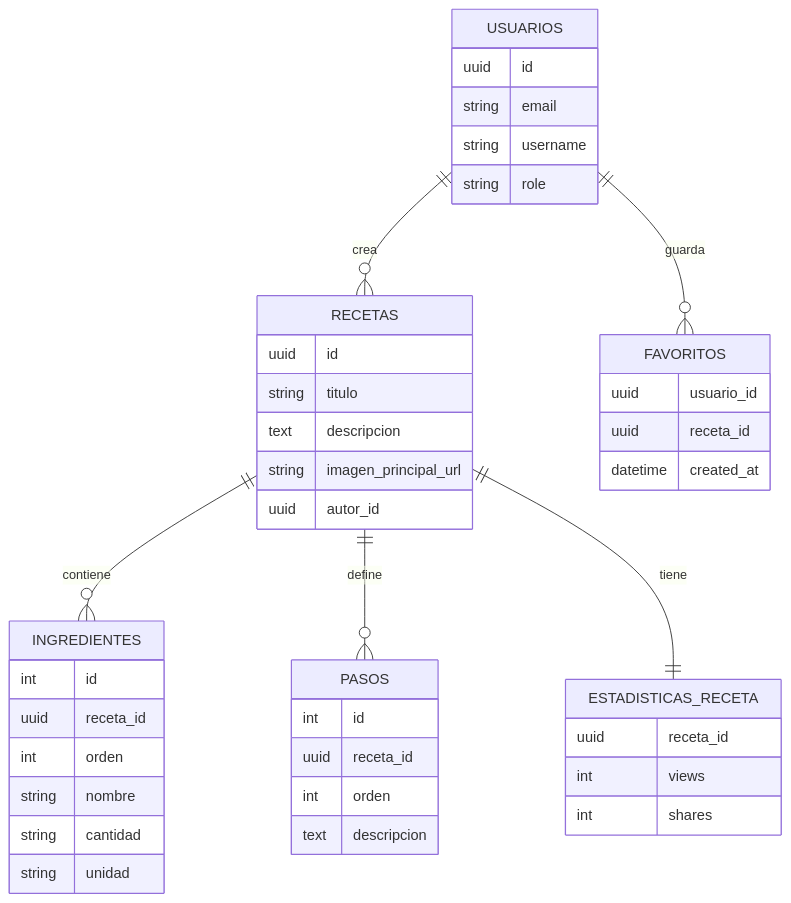
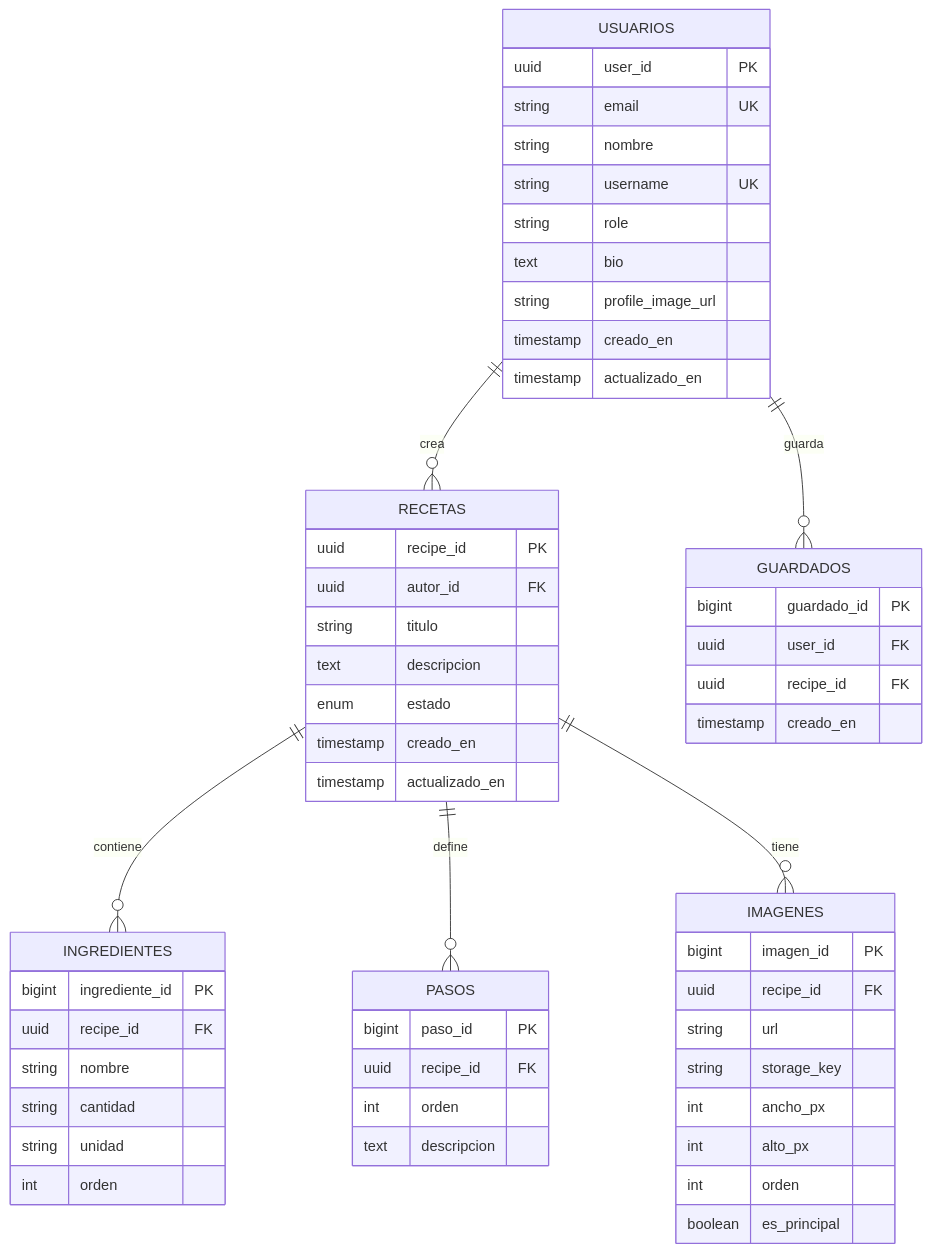
One commit to DaniKaizenNetwork/programacion-movil-2025-b-g1 changed the first of 2 diagrams in doc/data-base/erd.md. Above: the diagram before and after it, drawn with Mermaid. The commit also changed other lines of this file and 1 other file, not shown here.

````diff
--- a/doc/data-base/erd.md
+++ b/doc/data-base/erd.md
@@ -3,51 +3,64 @@
 ```mermaid
 erDiagram
     USUARIOS ||--o{ RECETAS : "crea"
-    USUARIOS ||--o{ FAVORITOS : "guarda"
+    USUARIOS ||--o{ GUARDADOS : "guarda"
     RECETAS ||--o{ INGREDIENTES : "contiene"
     RECETAS ||--o{ PASOS : "define"
-    RECETAS ||--|| ESTADISTICAS_RECETA : "tiene"
+    RECETAS ||--o{ IMAGENES : "tiene"
 
     USUARIOS {
-      uuid id
-      string email
-      string username
+      uuid user_id PK
+      string email UK
+      string nombre
+      string username UK
       string role
+      text bio
+      string profile_image_url
+      timestamp creado_en
+      timestamp actualizado_en
     }
 
     RECETAS {
-      uuid id
+      uuid recipe_id PK
+      uuid autor_id FK
       string titulo
       text descripcion
-      string imagen_principal_url
-      uuid autor_id
+      enum estado
+      timestamp creado_en
+      timestamp actualizado_en
     }
 
     INGREDIENTES {
-      int id
-      uuid receta_id
-      int orden
+      bigint ingrediente_id PK
+      uuid recipe_id FK
       string nombre
       string cantidad
       string unidad
+      int orden
     }
 
     PASOS {
-      int id
-      uuid receta_id
+      bigint paso_id PK
+      uuid recipe_id FK
       int orden
       text descripcion
     }
 
-    FAVORITOS {
-      uuid usuario_id
-      uuid receta_id
-      datetime created_at
+    IMAGENES {
+      bigint imagen_id PK
+      uuid recipe_id FK
+      string url
+      string storage_key
+      int ancho_px
+      int alto_px
+      int orden
+      boolean es_principal
     }
 
-    ESTADISTICAS_RECETA {
-      uuid receta_id
-      int views
-      int shares
+    GUARDADOS {
+      bigint guardado_id PK
+      uuid user_id FK
+      uuid recipe_id FK
+      timestamp creado_en
     }
 ```
````
